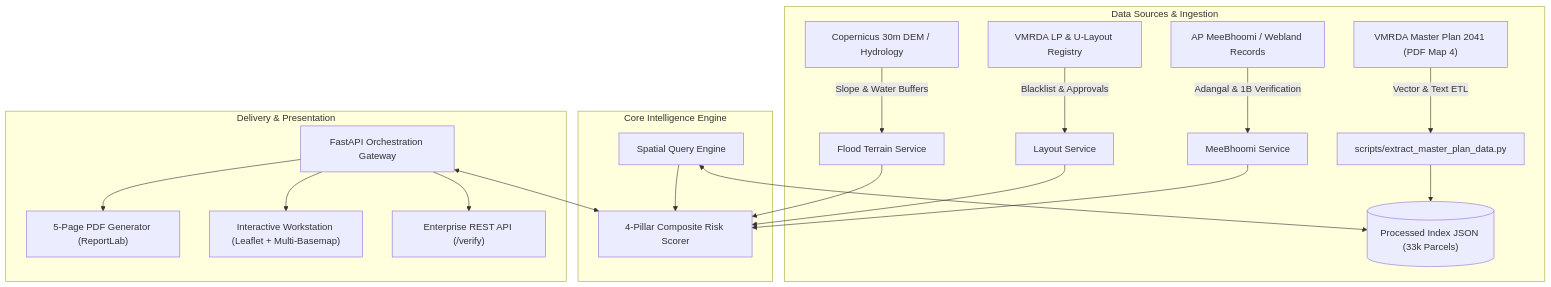
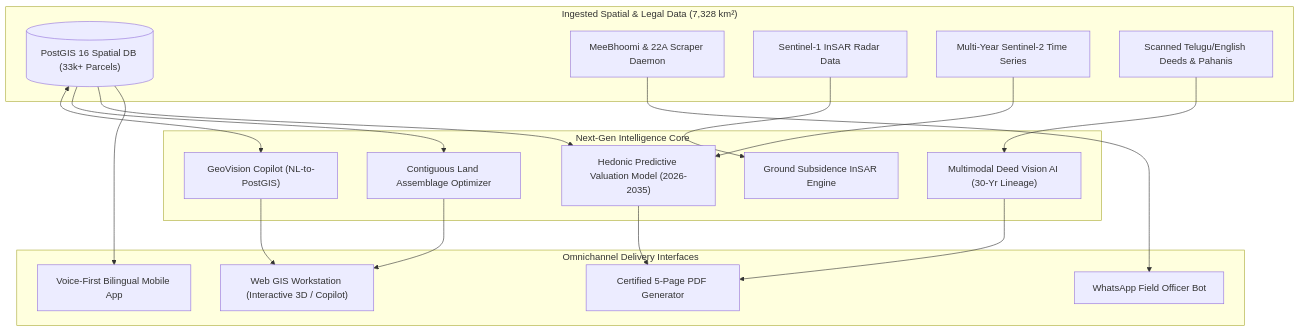
The diagram in README.md (GeoVision-Labs/geoduediligence), drawn with Mermaid before and after one commit. The commit also changed other lines of this file, not shown here.

First line of the commit message:
docs: enrich main README.md with comprehensive detail across full architecture and next-gen AI roadmap

````diff
--- a/README.md
+++ b/README.md
@@ -177,26 +141,38 @@
 ```mermaid
 flowchart TD
-    subgraph DataSources["Data Sources & Ingestion"]
-        VMRDA["VMRDA Master Plan 2041 (PDF Map 4)"] -->|Vector & Text ETL| Extractor["scripts/extract_master_plan_data.py"]
-        MeeBhoomi["AP MeeBhoomi / Webland Records"] -->|Adangal & 1B Verification| MeeBhoomiSvc["MeeBhoomi Service"]
-        VMRDA_Enforce["VMRDA LP & U-Layout Registry"] -->|Blacklist & Approvals| LayoutSvc["Layout Service"]
-        DEM["Copernicus 30m DEM / Hydrology"] -->|Slope & Water Buffers| FloodSvc["Flood Terrain Service"]
-        Extractor --> SpatialIndex[("Processed Index JSON (33k Parcels)")]
+    subgraph DataLayers["Ingested Spatial & Legal Data (7,328 km²)"]
+        PostGIS[("PostGIS 16 Spatial DB (33k+ Parcels)")]
+        MeeBhoomi["MeeBhoomi & 22A Scraper Daemon"]
+        SAR["Sentinel-1 InSAR Radar Data"]
+        TimeSat["Multi-Year Sentinel-2 Time Series"]
+        LegalDocs["Scanned Telugu/English Deeds & Pahanis"]
     end
 
-    subgraph CoreEngine["Core Intelligence Engine"]
-        SpatialEngine["Spatial Query Engine"] <--> SpatialIndex
-        RiskScorer["4-Pillar Composite Risk Scorer"]
-        SpatialEngine --> RiskScorer
-        MeeBhoomiSvc --> RiskScorer
-        LayoutSvc --> RiskScorer
-        FloodSvc --> RiskScorer
+    subgraph AIEngines["Next-Gen Intelligence Core"]
+        Copilot["GeoVision Copilot (NL-to-PostGIS)"]
+        DeedAI["Multimodal Deed Vision AI (30-Yr Lineage)"]
+        Assembler["Contiguous Land Assemblage Optimizer"]
+        Valuation["Hedonic Predictive Valuation Model (2026-2035)"]
+        InSAR["Ground Subsidence InSAR Engine"]
     end
 
-    subgraph Delivery["Delivery & Presentation"]
-        FastAPI["FastAPI Orchestration Gateway"] <--> RiskScorer
-        FastAPI --> PDFEngine["5-Page PDF Generator (ReportLab)"]
-        FastAPI --> WebWorkstation["Interactive Workstation (Leaflet + Multi-Basemap)"]
-        FastAPI --> B2B_API["Enterprise REST API (/verify)"]
+    subgraph Omnichannel["Omnichannel Delivery Interfaces"]
+        Workstation["Web GIS Workstation (Interactive 3D / Copilot)"]
+        WhatsApp["WhatsApp Field Officer Bot"]
+        VoiceMobile["Voice-First Bilingual Mobile App"]
+        PDFGen["Certified 5-Page PDF Generator"]
     end
+
+    PostGIS <--> Copilot
+    LegalDocs --> DeedAI
+    PostGIS --> Assembler
+    PostGIS & TimeSat --> Valuation
+    SAR --> InSAR
+
+    Copilot --> Workstation
+    DeedAI --> PDFGen
+    Assembler --> Workstation
+    Valuation --> PDFGen
+    MeeBhoomi --> WhatsApp
+    PostGIS --> VoiceMobile
 ```
````
